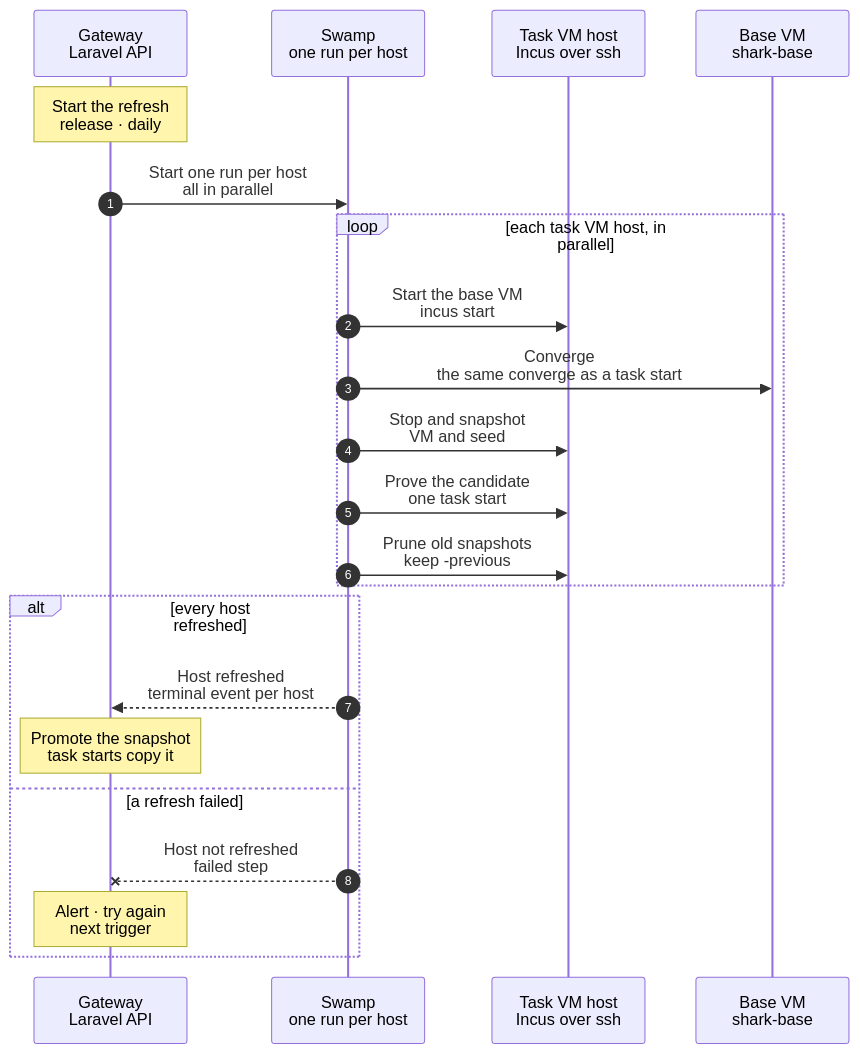
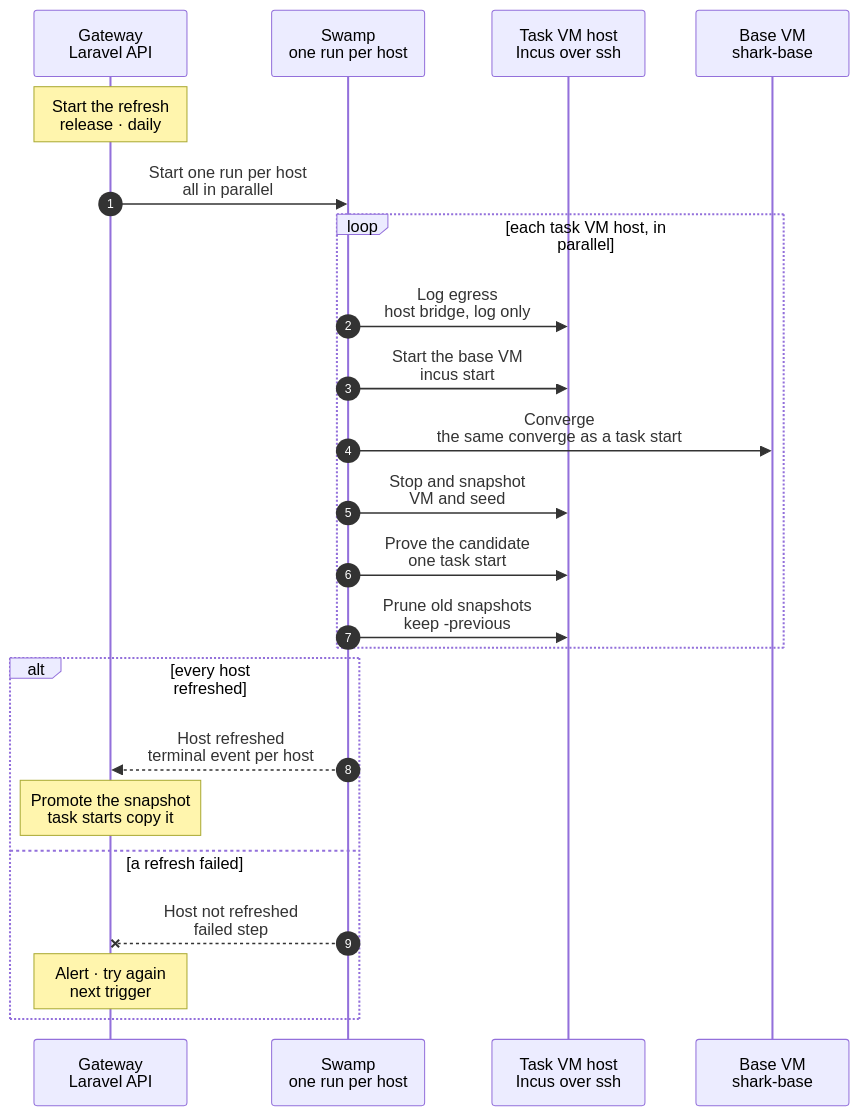
The diagram in docs/reference/pipeline/6-task-image-seed-refresh.mmd (hardimpactdev/orbit), drawn with Mermaid before and after one commit. The commit also changed 8 other files, not shown here.

First line of the commit message:
swamp: log task VM egress on the host bridge (#3163)

```diff
--- a/docs/reference/pipeline/6-task-image-seed-refresh.mmd
+++ b/docs/reference/pipeline/6-task-image-seed-refresh.mmd
@@ -1,52 +1,56 @@
 sequenceDiagram
   %% Target design (agreed with Nick, 2026-11-07): stage 6 of the command development pipeline. Each task VM host keeps one stopped base VM that never gets an identity; its ZFS snapshot is the base a task start copies. After a release, and once a day, every host starts its base VM, converges it as a task start would, stops it and snapshots it; the snapshot is proven with one task start and the Gateway promotes it. There is no Incus image and no publish. Nothing is copied between hosts. The per-host run: docs/cli/tasks/vm-image-refresh.mmd.
   %% status: draft
   %% command: development pipeline stage 6 · per-host task image and seed refresh
   %% kind: pipeline.6-task-image-seed-refresh
   autonumber
   %% lane GW icon=gateway pill=intent tone=blue
   %% lane SW icon=workflow pill=executes tone=green
   %% lane H icon=server pill=each host tone=amber
   %% lane VM icon=server pill=base VM tone=gray
   participant GW as Gateway<br/>Laravel API
   participant SW as Swamp<br/>one run per host
   participant H as Task VM host<br/>Incus over ssh
   participant VM as Base VM<br/>shark-base
   Note over GW: Start the refresh<br/>release · daily
   %%> Triggers:
   %%> - a release whose commit changed what the image carries: the playbooks (`swamp/ansible`), the pins (`apps/gateway/resources/machine-software`) and the lock files (`TaskVmImageInputs`); a code-only release needs none, because a task start converges to its own commit
   %%> - a daily Schedule; it only dispatches the admission
   %%> - a host with a refresh open returns it
   GW->>SW: Start one run per host<br/>all in parallel
   %%> Why:
   %%> - each host bakes its own image and seed; copying them between hosts is not a supported flow
   loop each task VM host, in parallel
+    SW->>H: Log egress<br/>host bridge, log only
+    %%> What it does:
+    %%> - sets up the egress log of the host bridge: an nftables rule, an rsyslog file and the DNS log of the bridge's dnsmasq; nothing is blocked
+    %%> - the first run sets `raw.dnsmasq`, which runs the setup of the bridge again and restarts its dnsmasq: running VMs lose DNS for about a second, and Incus runs that dnsmasq without its AppArmor profile
     SW->>H: Start the base VM<br/>incus start
     %%> What it does:
     %%> - a new host has no base VM yet: it is made here, once, from the stock Ubuntu VM image and an empty seed volume, and the converge that follows builds everything else
     SW->>VM: Converge<br/>the same converge as a task start
     %%> What it does:
     %%> - outer VM: packages, tools, Swamp, orbit-agent, the Pi server, sshd and UFW at the release's pins; each part runs only when its digest changed
     %%> - the warm checkout: main at the release commit, installs only where a lock file changed
     %%> - each container: migrations and restarts only when the code changed; no wait for nested services and no identity wipe
     SW->>H: Stop and snapshot<br/>VM and seed
     %%> What it does:
     %%> - stops the base VM and snapshots it and its seed volume; ZFS snapshots, about 1 s
     SW->>H: Prove the candidate<br/>one task start
     %%> What it does:
     %%> - steps 2 to 4 of a task start from the new snapshot with a free slot identity, then its release
     SW->>H: Prune old snapshots<br/>keep -previous
     %%> What it does:
     %%> - keeps the new snapshot and the one before it; removes older ones
   end
   alt every host refreshed
     SW-->>GW: Host refreshed<br/>terminal event per host
     Note over GW: Promote the snapshot<br/>task starts copy it
     %%> Result:
     %%> - target about 25 s per host for a no-op refresh before the proof; one slow host does not hold the others
   else a refresh failed
     SW--xGW: Host not refreshed<br/>failed step
     Note over GW: Alert · try again<br/>next trigger
     %%> Result:
     %%> - the base VM is rolled back to the recorded snapshot and the run's snapshot removed; the identity that proved it is released
   end
```
